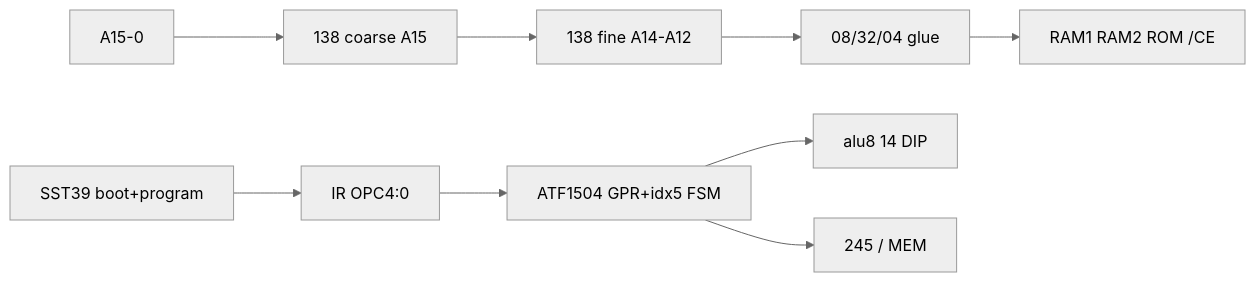
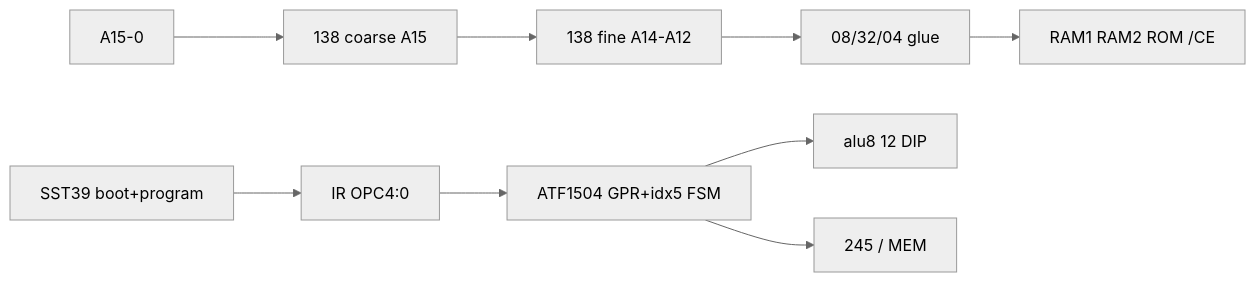
One commit to Flkalas/plover changed the diagram in docs/normative/hw-bringup/breadboard-wiring.md. Above: the diagram before and after it, drawn with Mermaid (neutral theme). The commit also changed 13 other files, not shown here.

First line of the commit message:
docs(alu8): 12-DIP BOM and normative B_CTRL bring-up

````diff
--- a/docs/normative/hw-bringup/breadboard-wiring.md
+++ b/docs/normative/hw-bringup/breadboard-wiring.md
@@ -11,15 +11,15 @@
 ```mermaid
 flowchart LR
   ROM["SST39 boot+program"]
   CPLD["ATF1504 GPR+idx5 FSM"]
   I1["138 coarse A15"]
   I2["138 fine A14-A12"]
   G["08/32/04 glue"]
-  ALU["alu8 14 DIP"]
+  ALU["alu8 12 DIP"]
   IR["IR OPC4:0"] --> CPLD
   ROM --> IR
   CPLD --> ALU
   CPLD --> BUS["245 / MEM"]
   ADDR["A15-0"] --> I1 --> I2 --> G
   G --> CS["RAM1 RAM2 ROM /CE"]
 ```
````
